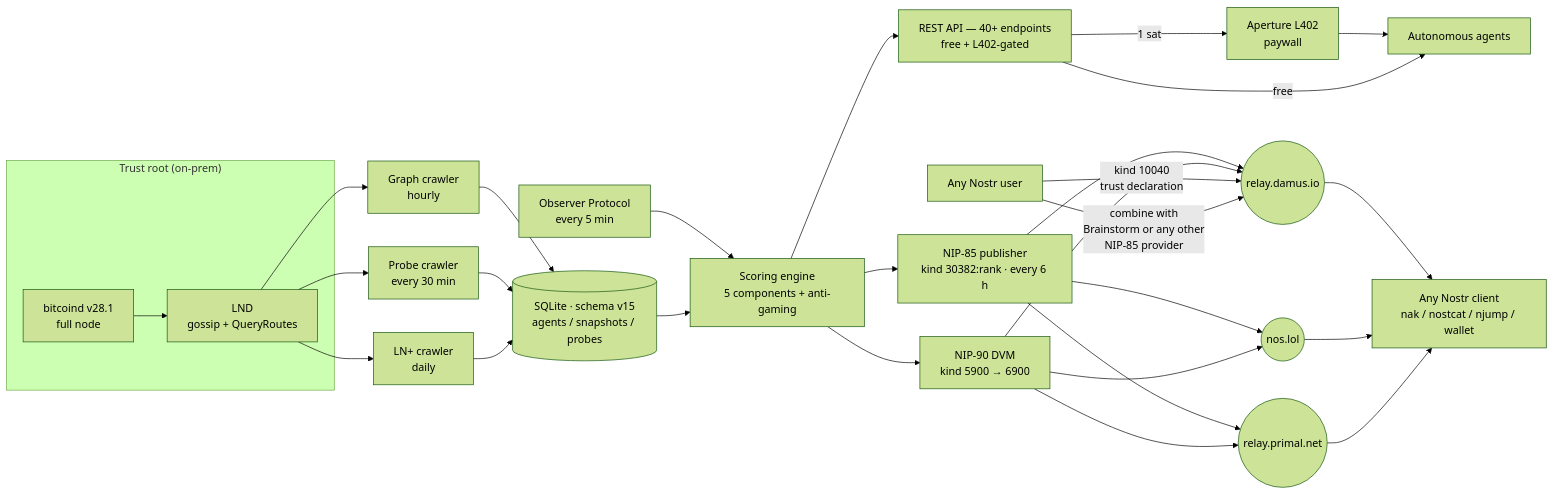
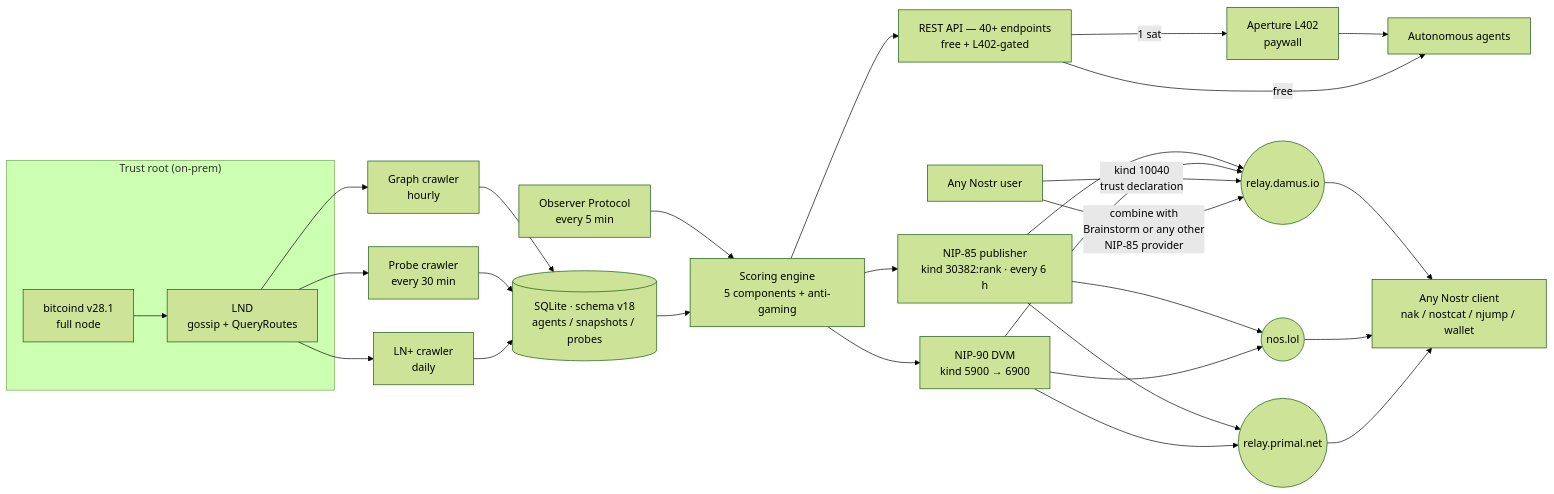
Before and after one commit to proofoftrust21/satrank: the diagram in IMPACT-STATEMENT-FULL.md, drawn with Mermaid (forest theme). The commit also changed other lines of this file and 4 other files, not shown here.

First line of the commit message:
docs: harmonize all documentation with current scoring architecture

````diff
--- a/IMPACT-STATEMENT-FULL.md
+++ b/IMPACT-STATEMENT-FULL.md
@@ -43,41 +43,41 @@
 ```mermaid
 flowchart LR
   subgraph TrustRoot["Trust root (on-prem)"]
     BTC[bitcoind v28.1<br/>full node]
     LND[LND<br/>gossip + QueryRoutes]
   end
 
   BTC --> LND
 
   LND --> GC[Graph crawler<br/>hourly]
   LND --> PC[Probe crawler<br/>every 30 min]
   LND --> LP[LN+ crawler<br/>daily]
   OBS[Observer Protocol<br/>every 5 min] --> SE
 
-  GC --> DB[(SQLite · schema v15<br/>agents / snapshots / probes)]
+  GC --> DB[(SQLite · schema v18<br/>agents / snapshots / probes)]
   PC --> DB
   LP --> DB
 
   DB --> SE[Scoring engine<br/>5 components + anti-gaming]
 
   SE --> API[REST API — 40+ endpoints<br/>free + L402-gated]
   SE --> NP[NIP-85 publisher<br/>kind 30382:rank · every 6 h]
   SE --> DVM[NIP-90 DVM<br/>kind 5900 → 6900]
 
   NP --> R1((relay.damus.io))
   NP --> R2((nos.lol))
   NP --> R3((relay.primal.net))
   DVM --> R1
   DVM --> R2
   DVM --> R3
 
   API -->|1 sat| L402[Aperture L402<br/>paywall]
   L402 --> AGENTS[Autonomous agents]
   API -->|free| AGENTS
   R1 --> CLIENTS[Any Nostr client<br/>nak / nostcat / njump / wallet]
   R2 --> CLIENTS
   R3 --> CLIENTS
 
   USER[Any Nostr user] -->|kind 10040<br/>trust declaration| R1
   USER -->|combine with<br/>Brainstorm or any other<br/>NIP-85 provider| R1
 ```
````
